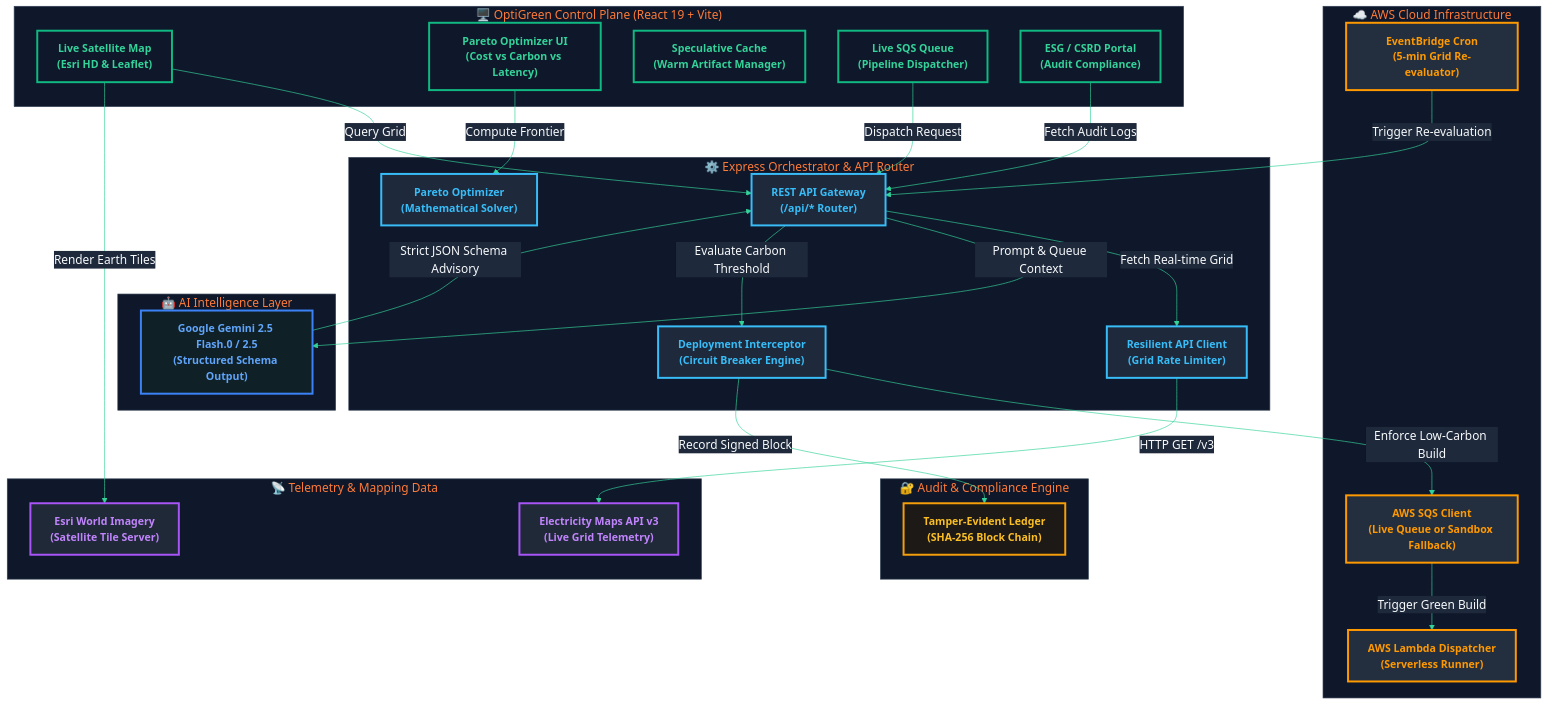
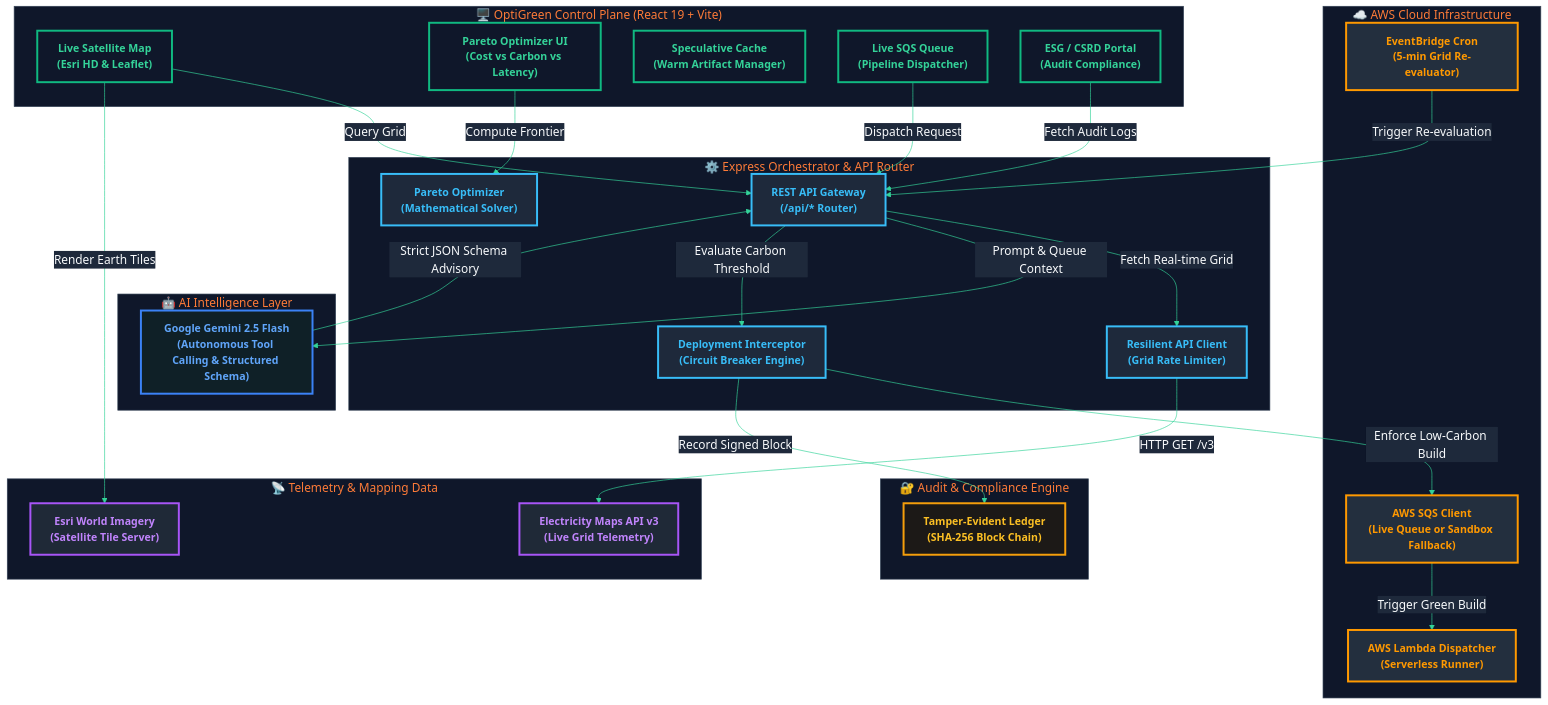
Before and after one commit to Jacksonfio/Optigreen: the second of 3 diagrams in README.md, drawn with Mermaid. The commit also changed 1 other file, not shown here.

Commit message:
docs: clean up Gemini label in architecture diagram

```diff
--- a/README.md
+++ b/README.md
@@ -455,7 +455,7 @@
     end
 
     subgraph AI["🤖 AI Intelligence Layer"]
-        Gemini["<b>Google Gemini 2.5 Flash.0 / 2.5</b><br/>(Structured Schema Output)"]:::ai
+        Gemini["<b>Google Gemini 2.5 Flash</b><br/>(Autonomous Tool Calling & Structured Schema)"]:::ai
     end
 
     subgraph External["📡 Telemetry & Mapping Data"]
```
